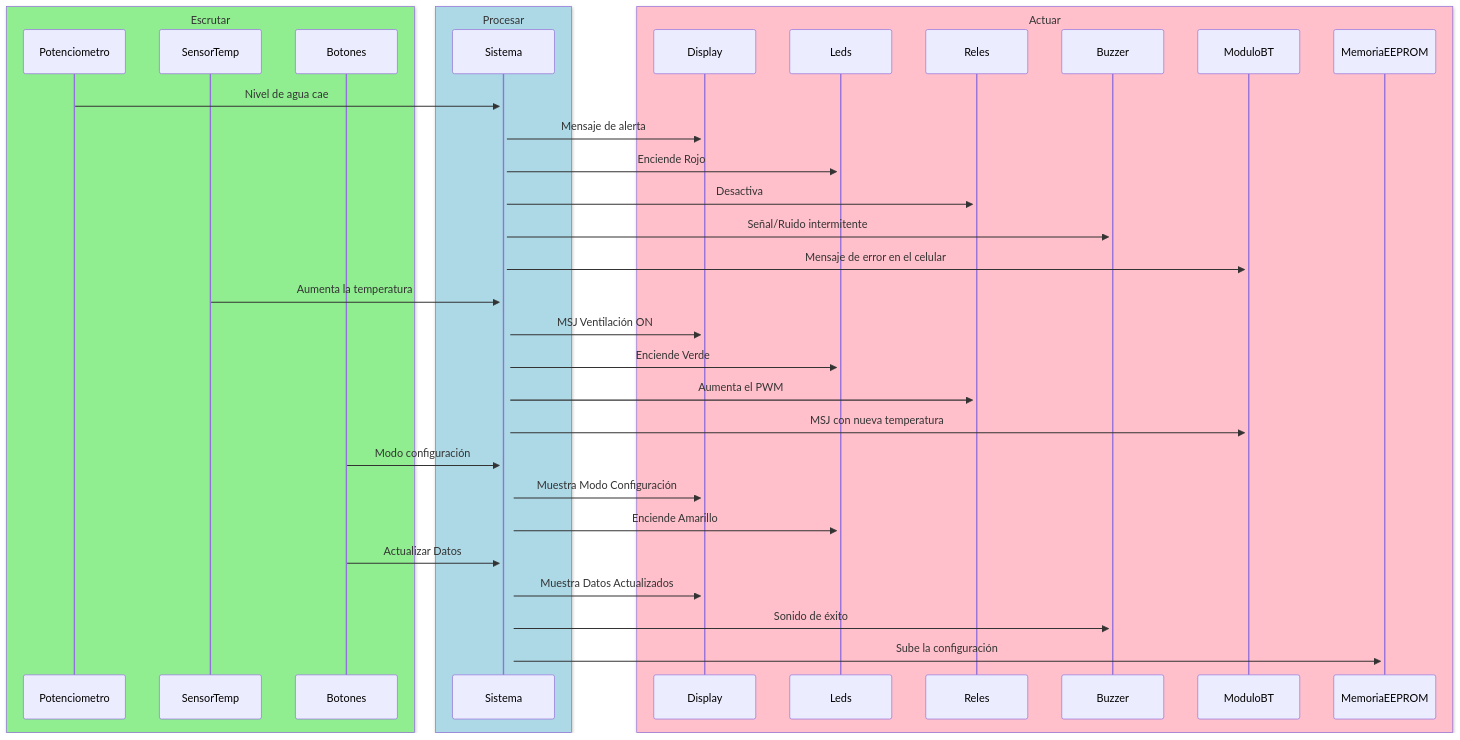
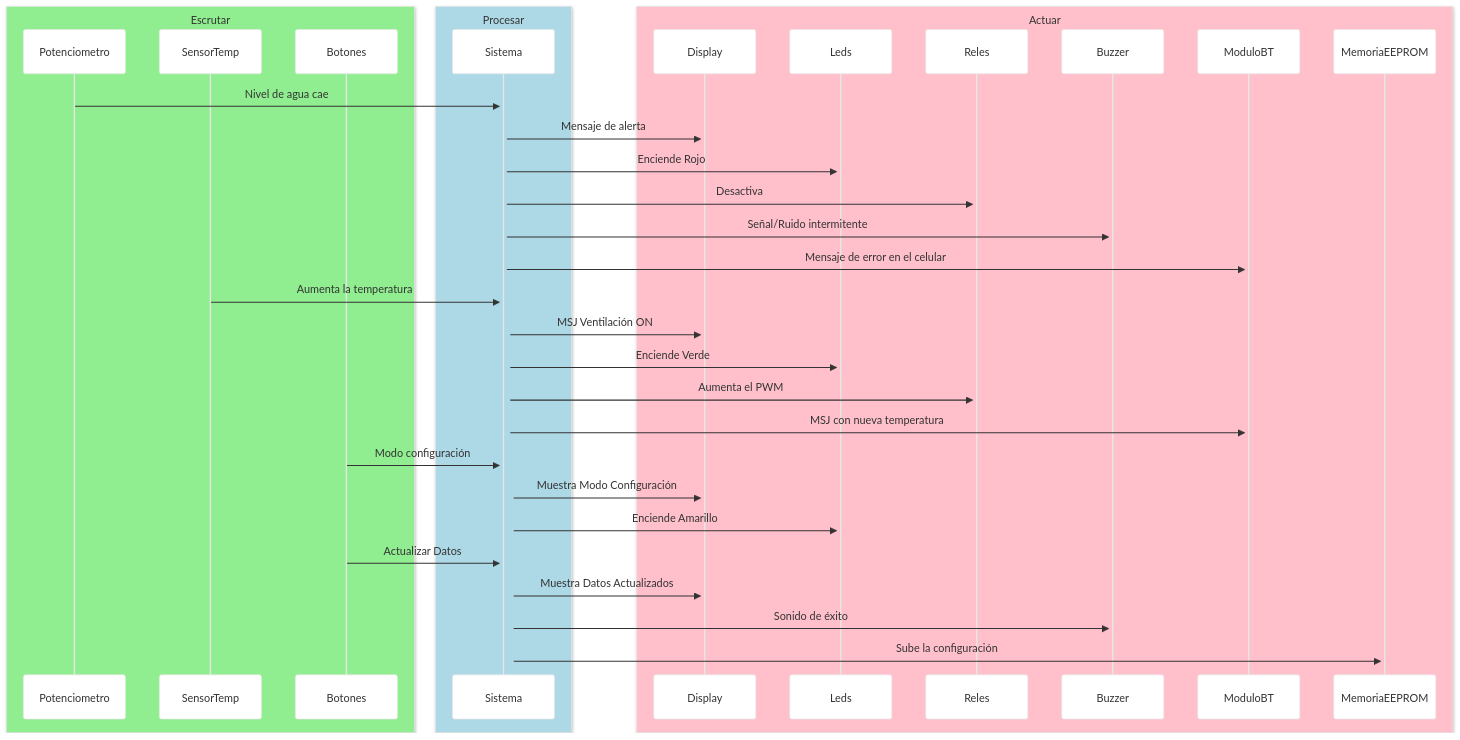
One commit to franavin/tdse-tf_2026-1erC_3-1 changed the diagram in Modulos.md. Above: the diagram before and after it, drawn with Mermaid. The commit also changed other lines of this file, not shown here.

````diff
--- a/Modulos.md
+++ b/Modulos.md
@@ -3,39 +1,39 @@
 ```mermaid
-%%{init: { 'theme': 'default' } }%%
+%%{init: { 'theme': 'base', 'themeVariables': { 'background': '#ffffff', 'primaryColor': '#ffffff', 'mainBkg': '#ffffff', 'actorBkg': '#ffffff', 'boxBkgColor': '#ffffff' }}}%%
 sequenceDiagram
     box lightgreen Escrutar
     participant Potenciometro
     participant SensorTemp
     participant Botones
     end
     box lightblue Procesar
     participant Sistema
     end
     box pink Actuar
     participant Display
     participant Leds
     participant Reles
     participant Buzzer
     participant ModuloBT
     participant MemoriaEEPROM
     end
     Potenciometro->>+Sistema: Nivel de agua cae
     Sistema->>+Display: Mensaje de alerta
     Sistema->>+Leds: Enciende Rojo
     Sistema->>+Reles: Desactiva
     Sistema->>+Buzzer: Señal/Ruido intermitente
     Sistema->>+ModuloBT: Mensaje de error en el celular
     SensorTemp->>+Sistema: Aumenta la temperatura
     Sistema->>+Display: MSJ Ventilación ON
     Sistema->>+Leds: Enciende Verde
     Sistema->>+Reles: Aumenta el PWM
     Sistema->>+ModuloBT: MSJ con nueva temperatura
     Botones->>+Sistema: Modo configuración
     Sistema->>+Display: Muestra Modo Configuración
     Sistema->>+Leds: Enciende Amarillo
     Botones->>Sistema: Actualizar Datos
     Sistema->>+Display: Muestra Datos Actualizados
     Sistema->>+Buzzer: Sonido de éxito
     Sistema->>+MemoriaEEPROM: Sube la configuración
 
 ```
````
